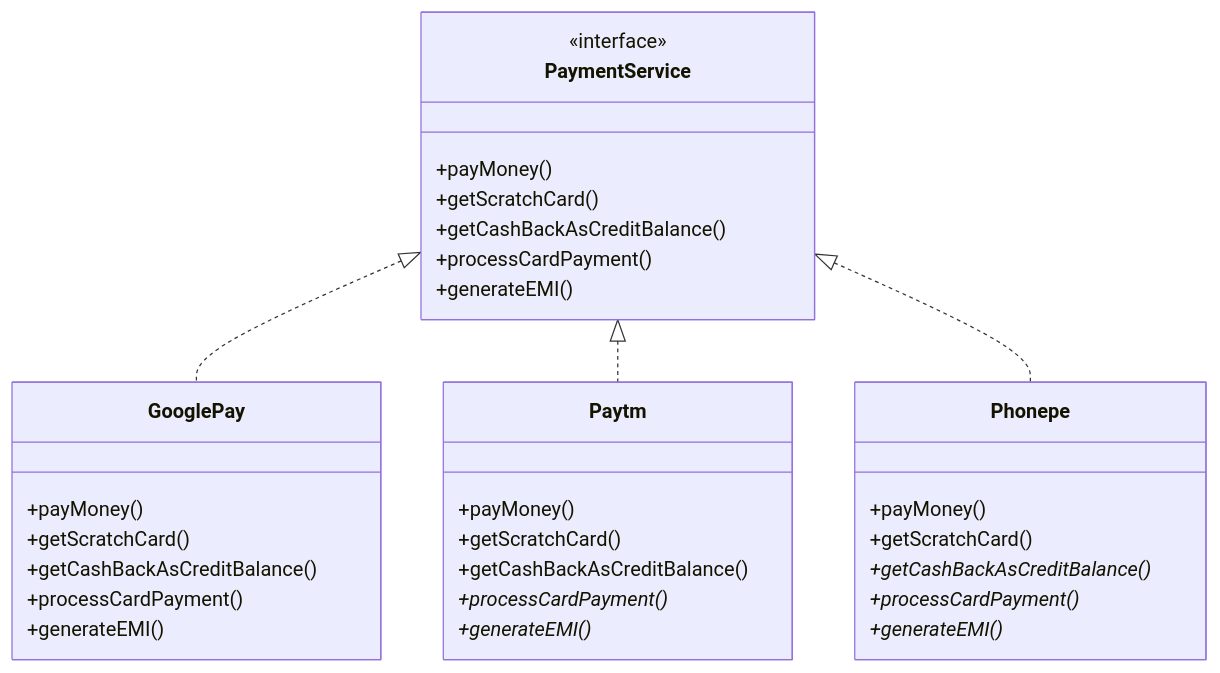
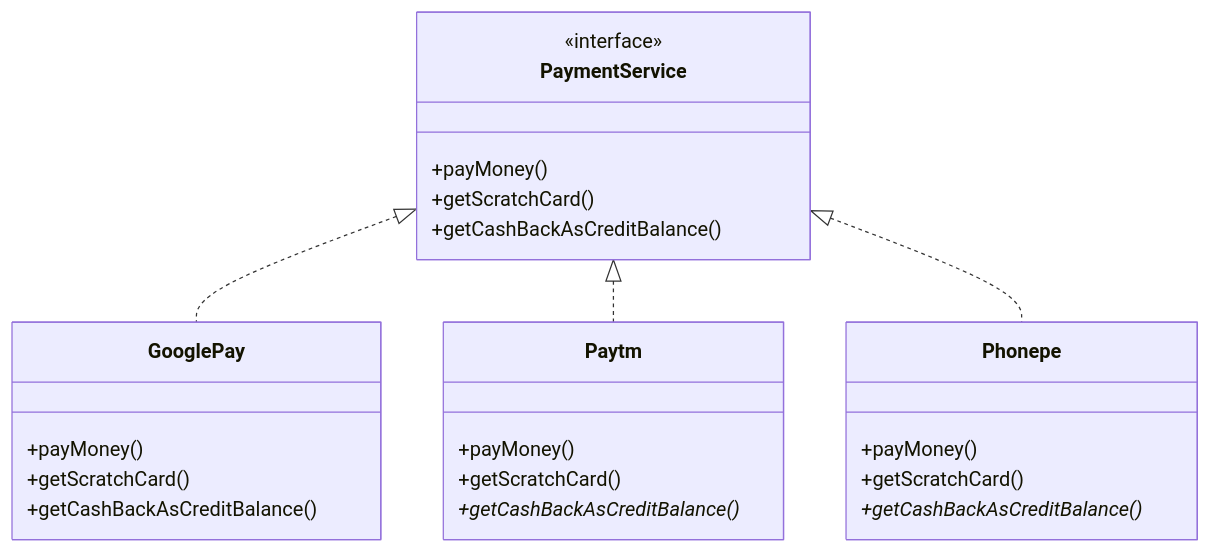
The fourth of 5 diagrams in SOLID_Study_Guide_SDE2.md (cipheraxat/java-concepts), drawn with Mermaid before and after one commit. The commit also changed other lines of this file, not shown here.

````diff
--- a/SOLID_Study_Guide_SDE2.md
+++ b/SOLID_Study_Guide_SDE2.md
@@ -637,35 +602,27 @@
 ```mermaid
 classDiagram
     class PaymentService {
         <<interface>>
         +payMoney()
         +getScratchCard()
         +getCashBackAsCreditBalance()
-        +processCardPayment()
-        +generateEMI()
     }
     class GooglePay {
         +payMoney()
         +getScratchCard()
         +getCashBackAsCreditBalance()
-        +processCardPayment()
-        +generateEMI()
     }
     class Paytm {
         +payMoney()
         +getScratchCard()
-        +getCashBackAsCreditBalance()
-        +processCardPayment()*
-        +generateEMI()*
+        +getCashBackAsCreditBalance()*
     }
     class Phonepe {
         +payMoney()
         +getScratchCard()
         +getCashBackAsCreditBalance()*
-        +processCardPayment()*
-        +generateEMI()*
     }
     PaymentService <|.. GooglePay
     PaymentService <|.. Paytm
     PaymentService <|.. Phonepe
 ```
````
